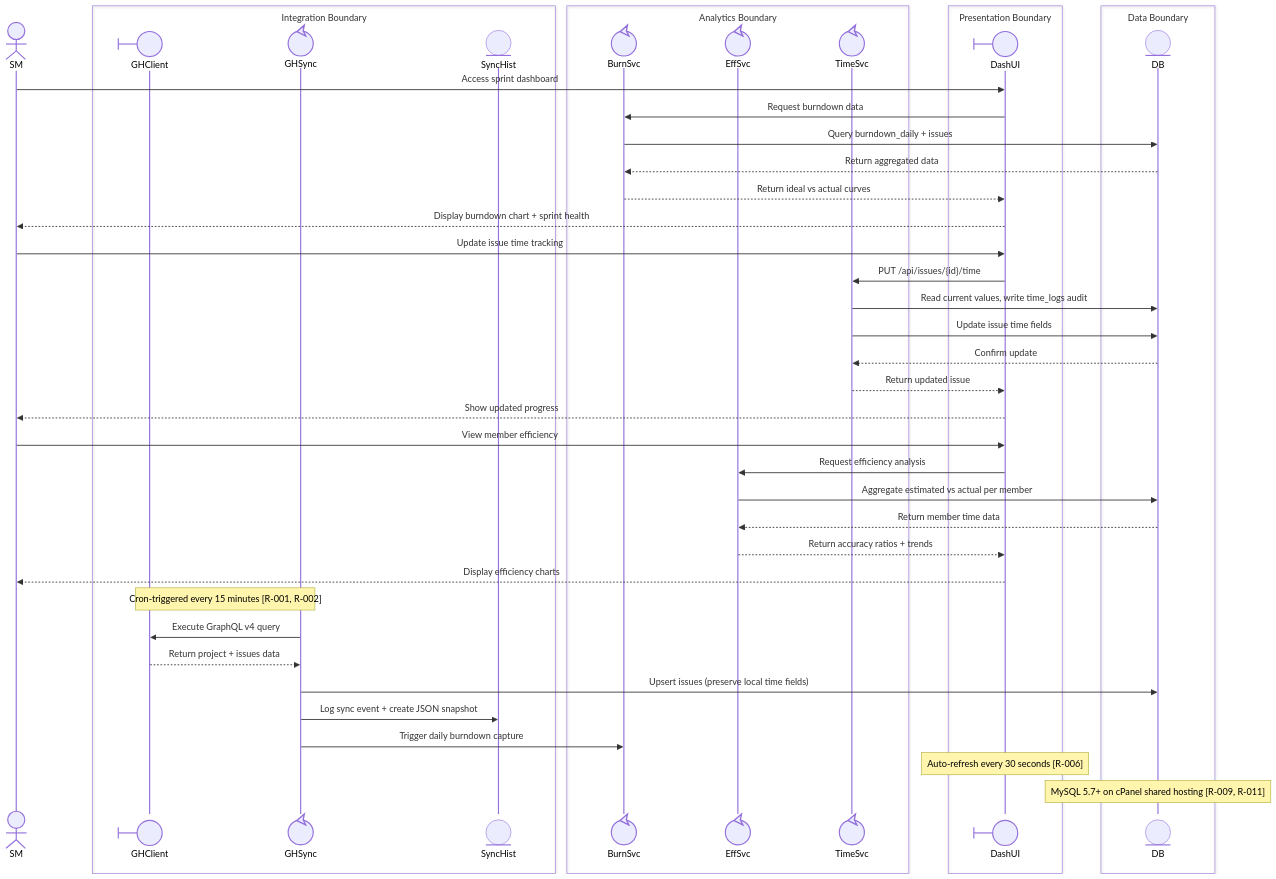
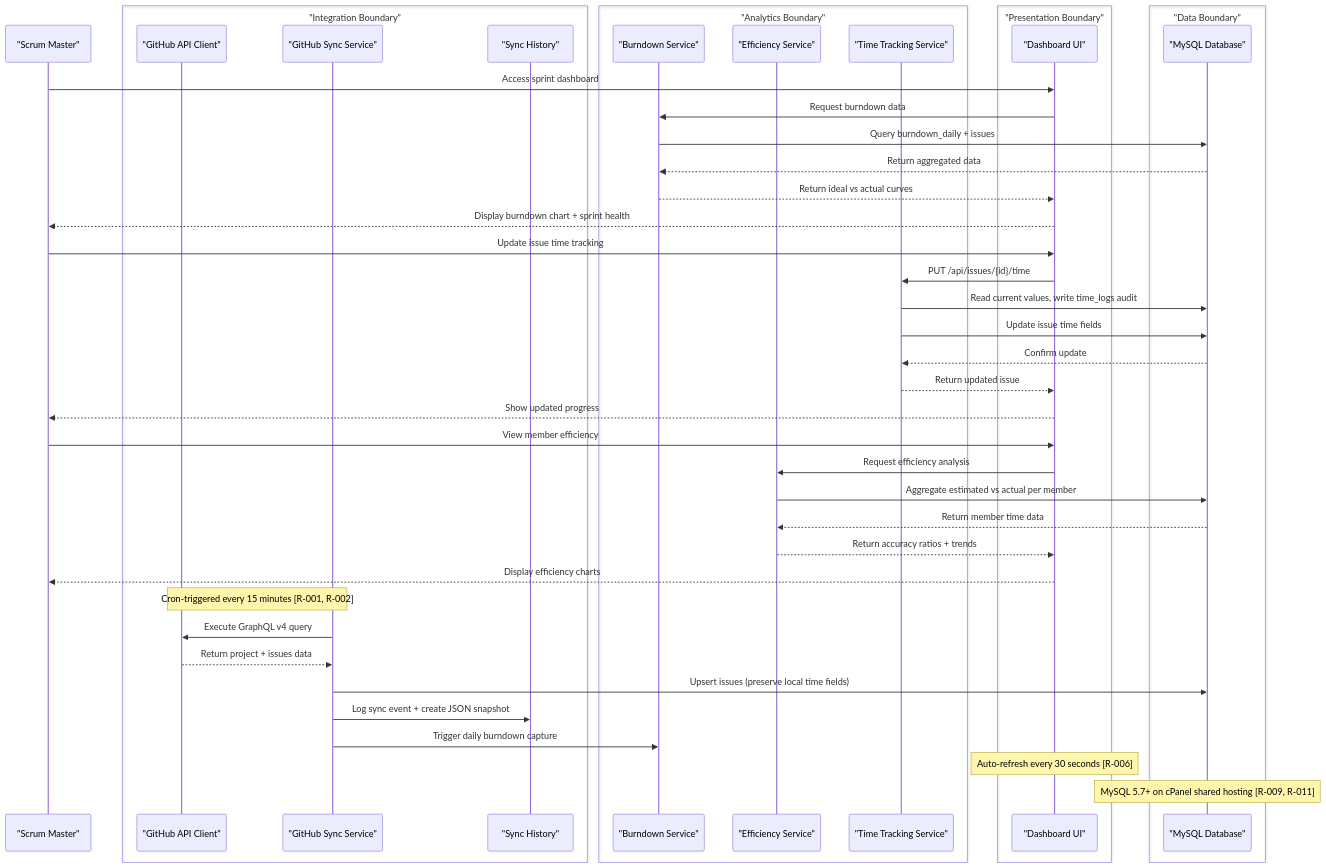
The first of 8 diagrams in OrgDocument/orgModel/01 - Scrum Master Support Process/collaboration.md (zhongadamwang/GitHubProjectAssistant), drawn with Mermaid before and after one commit. The commit also changed other lines of this file and 9 other files, not shown here.

Commit message:
Fix diagram errors

````diff
--- a/OrgDocument/orgModel/01 - Scrum Master Support Process/collaboration.md
+++ b/OrgDocument/orgModel/01 - Scrum Master Support Process/collaboration.md
@@ -17,56 +17,57 @@
 ```mermaid
 sequenceDiagram
-    participant SM@{ "type": "actor", "label": "Scrum Master" }
+    %% Stereotypes: SM=actor | GHClient=boundary, GHSync=control, SyncHist=entity | BurnSvc=control, EffSvc=control, TimeSvc=control | DashUI=boundary | DB=entity
+    participant SM as "Scrum Master"
 
-    box Integration Boundary
-        participant GHClient@{ "type": "boundary", "label": "GitHub API Client" }
-        participant GHSync@{ "type": "control", "label": "GitHub Sync Service" }
-        participant SyncHist@{ "type": "entity", "label": "Sync History" }
+    box "Integration Boundary"
+        participant GHClient as "GitHub API Client"
+        participant GHSync as "GitHub Sync Service"
+        participant SyncHist as "Sync History"
     end
 
-    box Analytics Boundary
-        participant BurnSvc@{ "type": "control", "label": "Burndown Service" }
-        participant EffSvc@{ "type": "control", "label": "Efficiency Service" }
-        participant TimeSvc@{ "type": "control", "label": "Time Tracking Service" }
+    box "Analytics Boundary"
+        participant BurnSvc as "Burndown Service"
+        participant EffSvc as "Efficiency Service"
+        participant TimeSvc as "Time Tracking Service"
     end
 
-    box Presentation Boundary
-        participant DashUI@{ "type": "boundary", "label": "Dashboard UI" }
+    box "Presentation Boundary"
+        participant DashUI as "Dashboard UI"
     end
 
-    box Data Boundary
-        participant DB@{ "type": "entity", "label": "MySQL Database" }
+    box "Data Boundary"
+        participant DB as "MySQL Database"
     end
 
     SM->>DashUI: Access sprint dashboard
     DashUI->>BurnSvc: Request burndown data
     BurnSvc->>DB: Query burndown_daily + issues
     DB-->>BurnSvc: Return aggregated data
     BurnSvc-->>DashUI: Return ideal vs actual curves
     DashUI-->>SM: Display burndown chart + sprint health
 
     SM->>DashUI: Update issue time tracking
     DashUI->>TimeSvc: PUT /api/issues/{id}/time
     TimeSvc->>DB: Read current values, write time_logs audit
     TimeSvc->>DB: Update issue time fields
     DB-->>TimeSvc: Confirm update
     TimeSvc-->>DashUI: Return updated issue
     DashUI-->>SM: Show updated progress
 
     SM->>DashUI: View member efficiency
     DashUI->>EffSvc: Request efficiency analysis
     EffSvc->>DB: Aggregate estimated vs actual per member
     DB-->>EffSvc: Return member time data
     EffSvc-->>DashUI: Return accuracy ratios + trends
     DashUI-->>SM: Display efficiency charts
 
     Note over GHSync,GHClient: Cron-triggered every 15 minutes [R-001, R-002]
     GHSync->>GHClient: Execute GraphQL v4 query
     GHClient-->>GHSync: Return project + issues data
     GHSync->>DB: Upsert issues (preserve local time fields)
     GHSync->>SyncHist: Log sync event + create JSON snapshot
     GHSync->>BurnSvc: Trigger daily burndown capture
 
     Note over DashUI: Auto-refresh every 30 seconds [R-006]
     Note over DB: MySQL 5.7+ on cPanel shared hosting [R-009, R-011]
 ```
````
